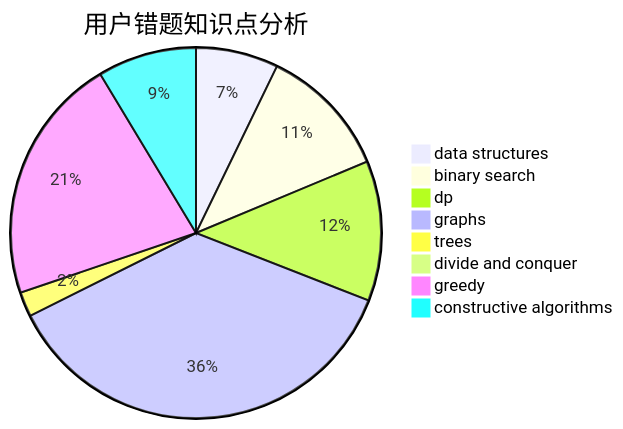
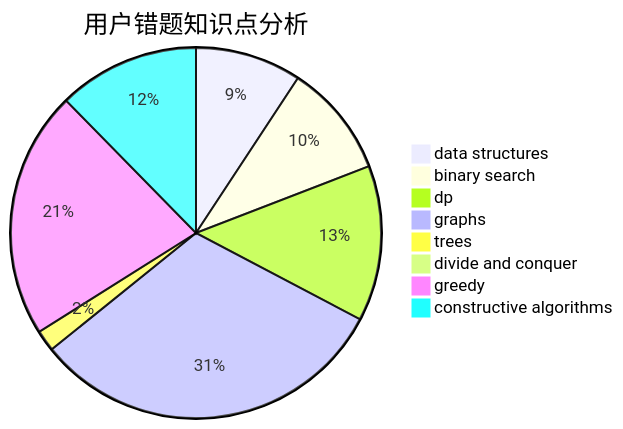
One commit to sherpahu/cfrs.github.io changed the third of 3 diagrams in docs/user/u2273.md. Above: the diagram before and after it, drawn with Mermaid. The commit also changed other lines of this file and 2770 other files, not shown here.

````diff
--- a/docs/user/u2273.md
+++ b/docs/user/u2273.md
@@ -36,11 +36,11 @@
 ```mermaid
 pie title 用户错题知识点分析
-    "data structures" :  10
+    "data structures" :  15
     "binary search" :  16
-    "dp" :  17
+    "dp" :  22
     "graphs" :  51
     "trees" :  3
     "divide and conquer" :  1
-    "greedy" :  30
-    "constructive algorithms" :  12
+    "greedy" :  35
+    "constructive algorithms" :  20
 ```
````
